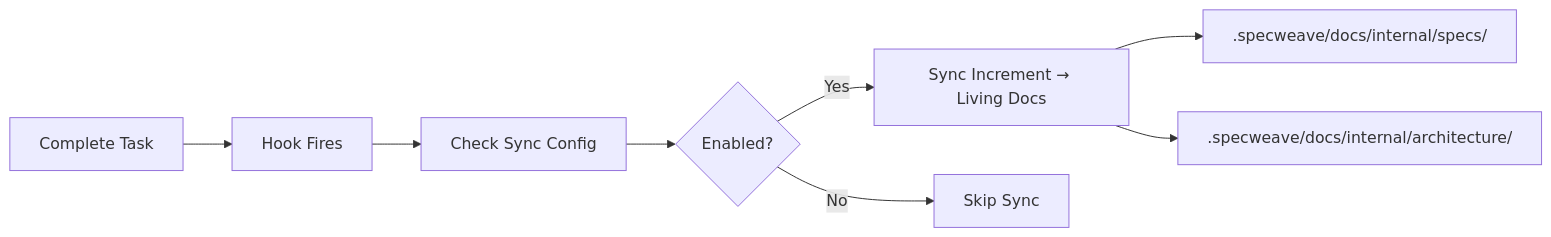
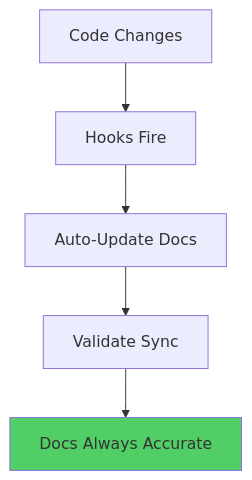
One commit to anton-abyzov/specweave changed the second of 4 diagrams in docs-site/docs/glossary/terms/living-docs.md. Above: the diagram before and after it, drawn with Mermaid. The commit also changed other lines of this file and 151 other files, not shown here.

````diff
--- a/docs-site/docs/glossary/terms/living-docs.md
+++ b/docs-site/docs/glossary/terms/living-docs.md
@@ -31,10 +35,9 @@
 ```mermaid
-graph LR
-    A[Complete Task] --> B[Hook Fires]
-    B --> C[Check Sync Config]
-    C --> D{Enabled?}
-    D -->|Yes| E[Sync Increment → Living Docs]
-    D -->|No| F[Skip Sync]
-    E --> G[.specweave/docs/internal/specs/]
-    E --> H[.specweave/docs/internal/architecture/]
+graph TB
+    A[Code Changes] --> B[Hooks Fire]
+    B --> C[Auto-Update Docs]
+    C --> D[Validate Sync]
+    D --> E[Docs Always Accurate]
+
+    style E fill:#51cf66
 ```
````
